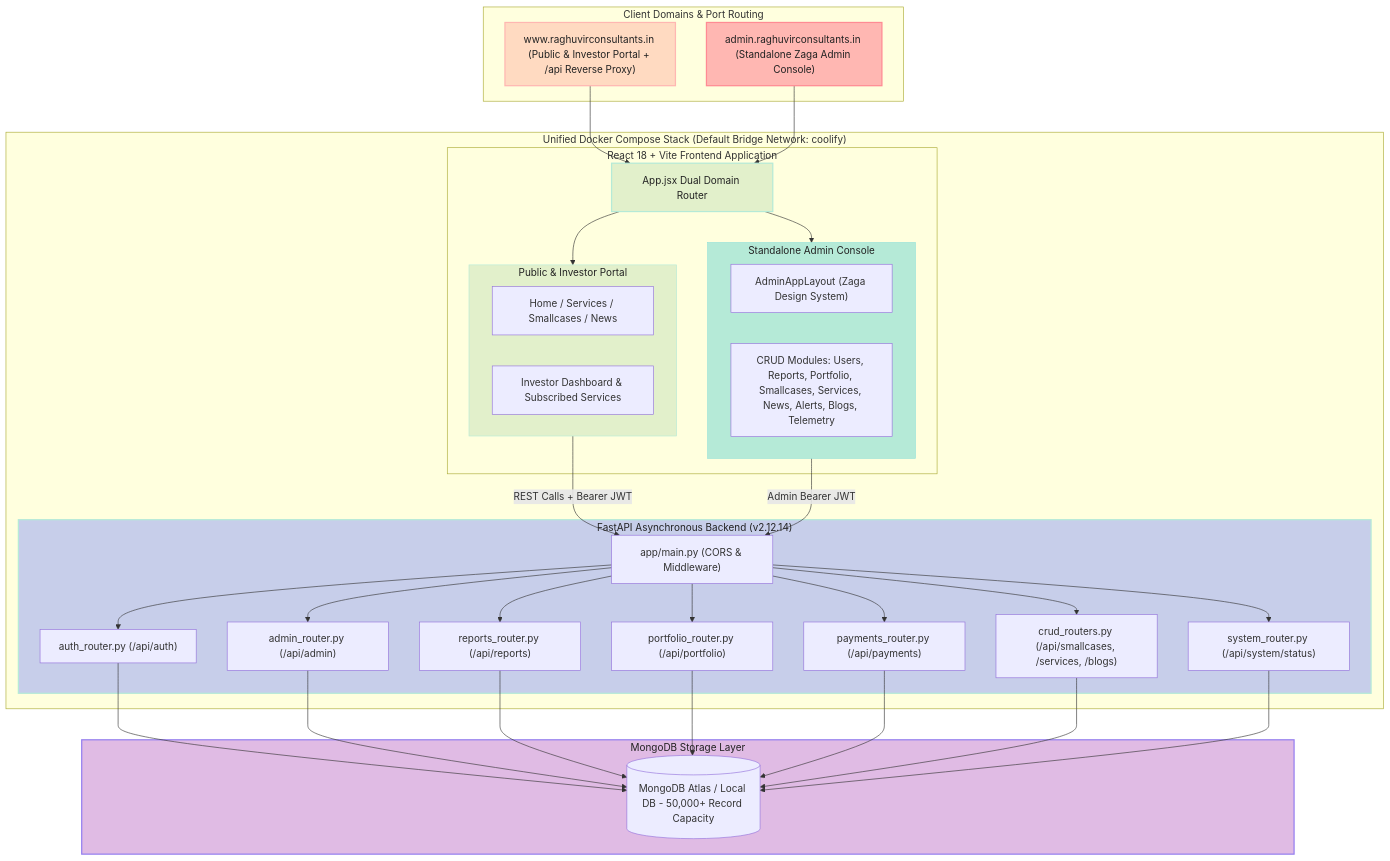
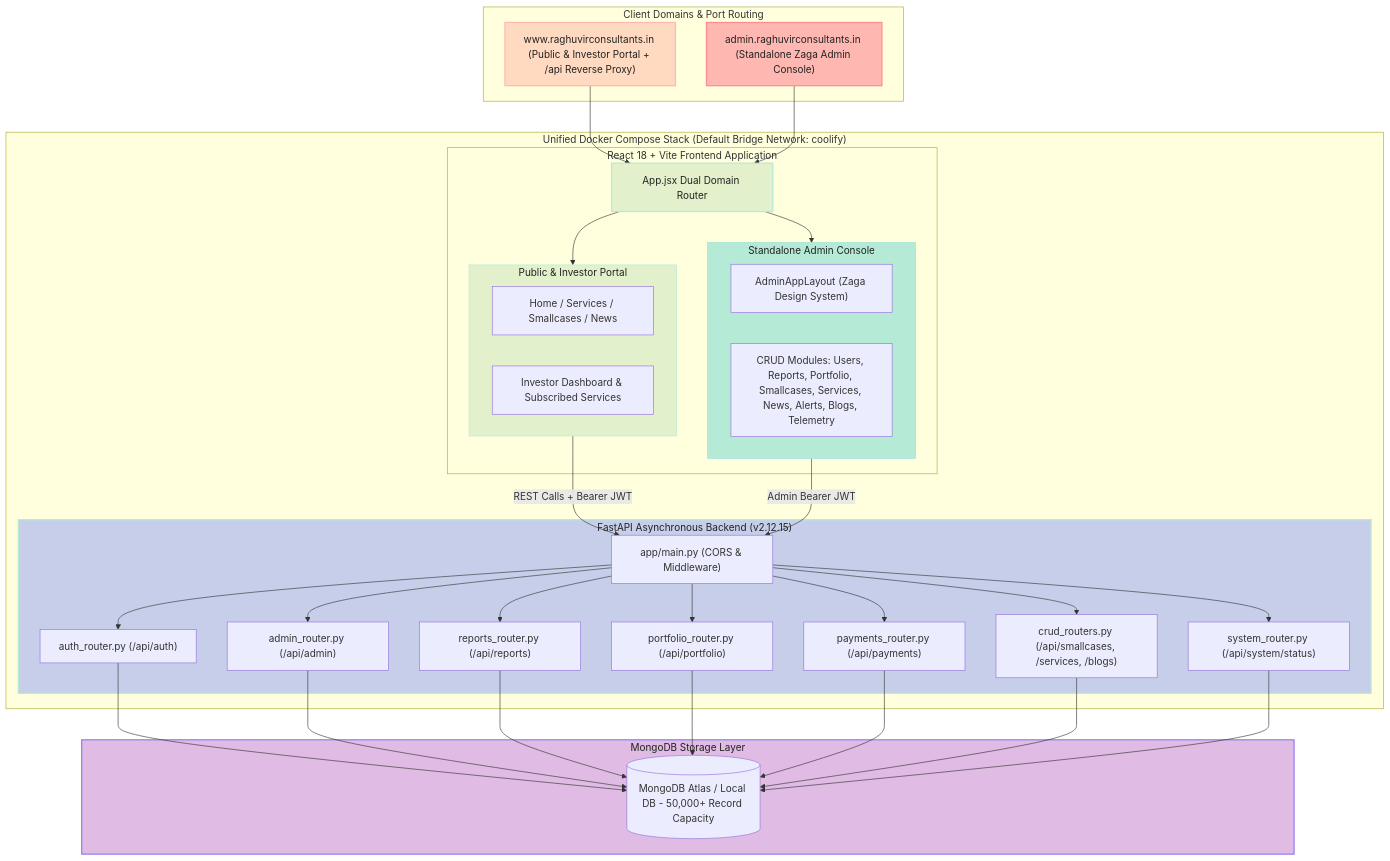
Before and after one commit to tejasrsuthar/raghuvirconsultants-site: the first of 2 diagrams in backend/docs/ARCHITECTURE.md, drawn with Mermaid. The commit also changed other lines of this file and 8 other files, not shown here.

````diff
--- a/backend/docs/ARCHITECTURE.md
+++ b/backend/docs/ARCHITECTURE.md
@@ -14,72 +14,72 @@
 ```mermaid
 graph TD
     subgraph ClientDomains["Client Domains & Port Routing"]
         PublicDomain["www.raghuvirconsultants.in (Public & Investor Portal + /api Reverse Proxy)"]
         AdminDomain["admin.raghuvirconsultants.in (Standalone Zaga Admin Console)"]
     end
 
     subgraph ComposeStack["Unified Docker Compose Stack (Default Bridge Network: coolify)"]
         subgraph ReactFrontend["React 18 + Vite Frontend Application"]
             AppRouter["App.jsx Dual Domain Router"]
             
             subgraph PublicPortal["Public & Investor Portal"]
               PublicViews["Home / Services / Smallcases / News"]
               InvestorPortal["Investor Dashboard & Subscribed Services"]
             end
 
             subgraph ZagaAdmin["Standalone Admin Console"]
               AdminLayout["AdminAppLayout (Zaga Design System)"]
               AdminModules["CRUD Modules: Users, Reports, Portfolio, Smallcases, Services, News, Alerts, Blogs, Telemetry"]
             end
         end
 
-        subgraph FastAPIServer["FastAPI Asynchronous Backend (v2.12.14)"]
+        subgraph FastAPIServer["FastAPI Asynchronous Backend (v2.12.15)"]
             API["app/main.py (CORS & Middleware)"]
             AuthRouter["auth_router.py (/api/auth)"]
             AdminRouter["admin_router.py (/api/admin)"]
             ReportsRouter["reports_router.py (/api/reports)"]
             PortfolioRouter["portfolio_router.py (/api/portfolio)"]
             PaymentsRouter["payments_router.py (/api/payments)"]
             CRUDRouters["crud_routers.py (/api/smallcases, /services, /blogs)"]
             SystemRouter["system_router.py (/api/system/status)"]
         end
     end
 
     subgraph DataStore["MongoDB Storage Layer"]
         MongoDB[(MongoDB Atlas / Local DB - 50,000+ Record Capacity)]
     end
 
     PublicDomain --> AppRouter
     AdminDomain --> AppRouter
 
     AppRouter --> PublicPortal
     AppRouter --> ZagaAdmin
 
     PublicPortal -->|REST Calls + Bearer JWT| API
     ZagaAdmin -->|Admin Bearer JWT| API
 
     API --> AuthRouter
     API --> AdminRouter
     API --> ReportsRouter
     API --> PortfolioRouter
     API --> PaymentsRouter
     API --> CRUDRouters
     API --> SystemRouter
 
     AuthRouter --> MongoDB
     AdminRouter --> MongoDB
     ReportsRouter --> MongoDB
     PortfolioRouter --> MongoDB
     PaymentsRouter --> MongoDB
     CRUDRouters --> MongoDB
     SystemRouter --> MongoDB
 
     %% Pastel Color Palette Styling
     style PublicDomain fill:#FFDAC1,stroke:#FFB7B2,stroke-width:2px,color:#222;
     style AdminDomain fill:#FFB7B2,stroke:#FF8B94,stroke-width:2px,color:#222;
     style AppRouter fill:#E2F0CB,stroke:#B5EAD7,stroke-width:2px,color:#222;
     style PublicPortal fill:#E2F0CB,stroke:#B5EAD7,stroke-width:1px,color:#222;
     style ZagaAdmin fill:#B5EAD7,stroke:#93E1D8,stroke-width:1px,color:#222;
     style FastAPIServer fill:#C7CEEA,stroke:#B5EAD7,stroke-width:2px,color:#222;
     style DataStore fill:#E0BBE4,stroke:#957FEF,stroke-width:2px,color:#222;
 ```
````
